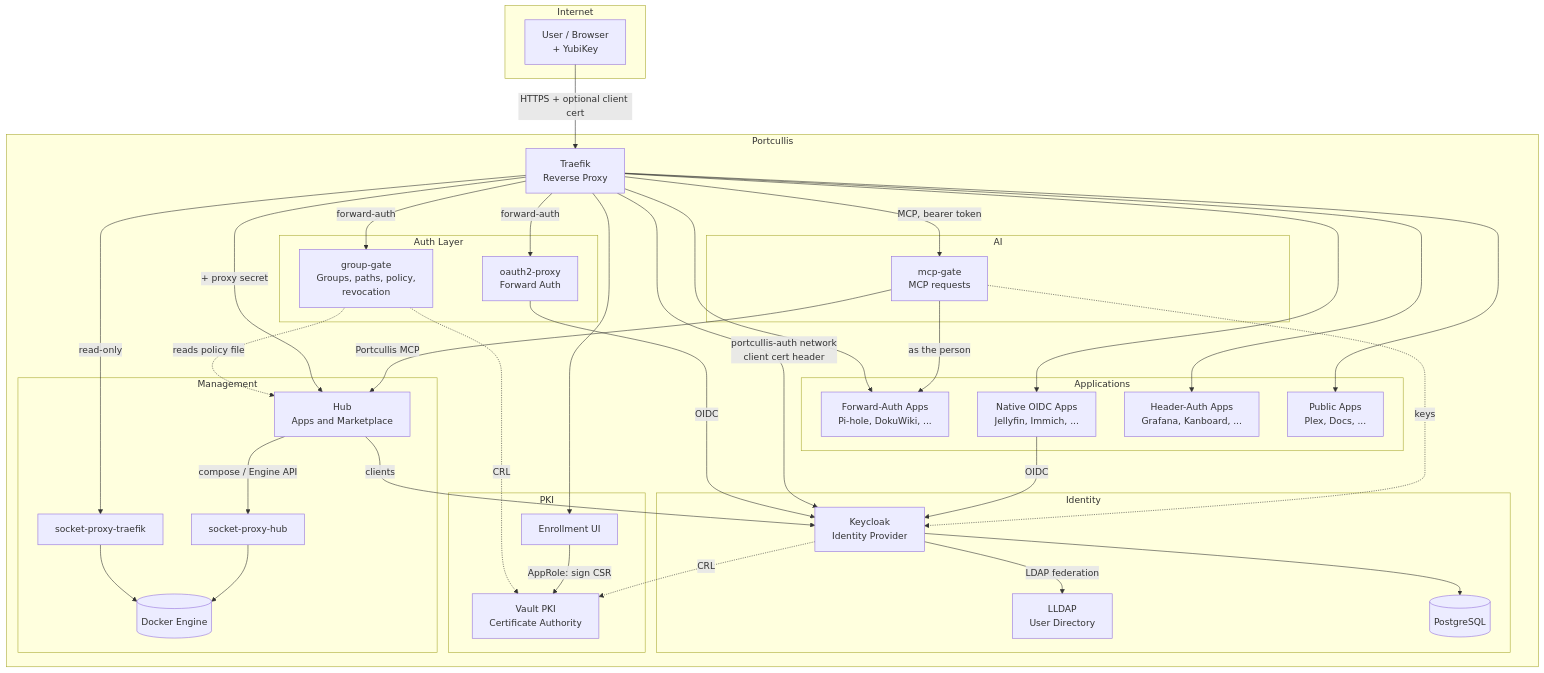
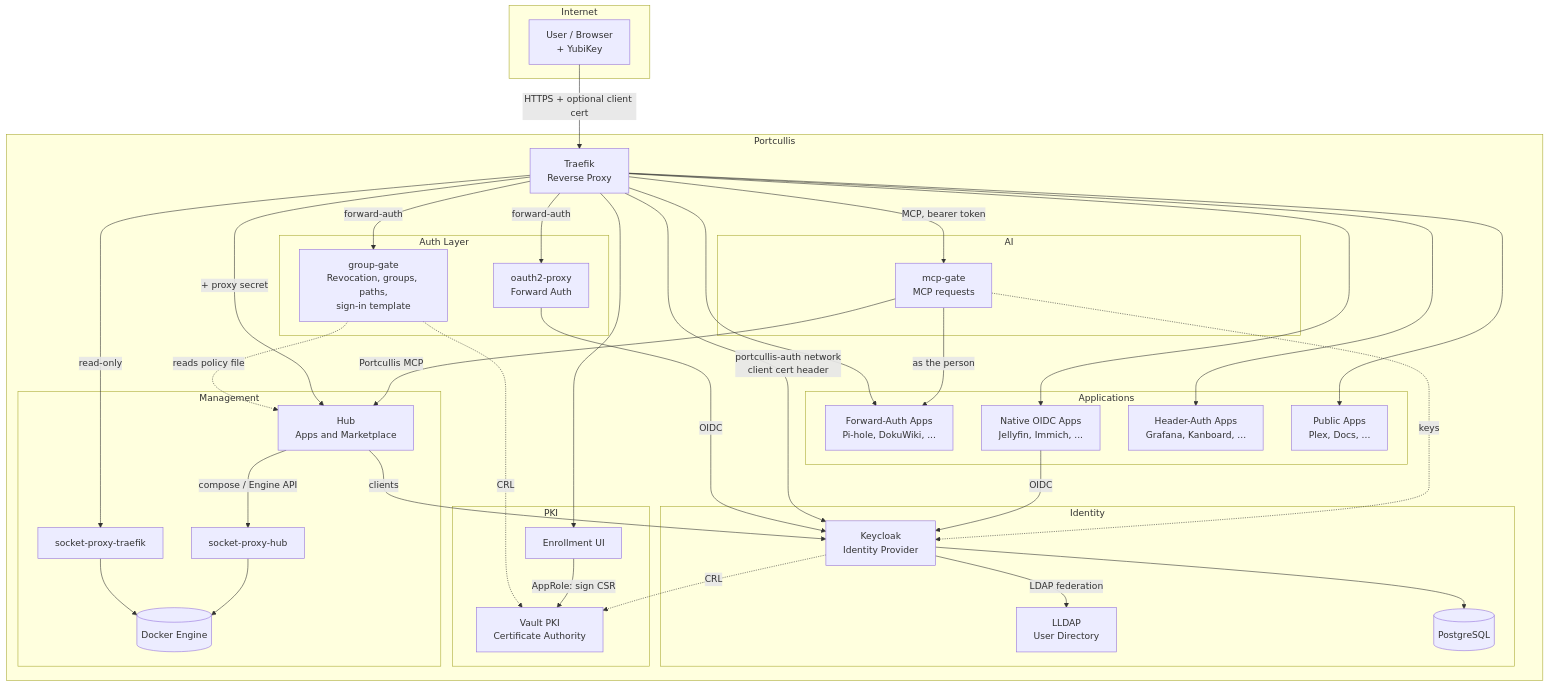
The first of 12 diagrams in docs/architecture.md (porelli/portcullis-docs), drawn with Mermaid before and after one commit. The commit also changed other lines of this file and 10 other files, not shown here.

````diff
--- a/docs/architecture.md
+++ b/docs/architecture.md
@@ -7,78 +7,78 @@
 ```mermaid
 graph TB
     subgraph Internet
         User[User / Browser<br/>+ YubiKey]
     end
 
     subgraph Portcullis
         Traefik[Traefik<br/>Reverse Proxy]
 
         subgraph Auth Layer
             OAuth2[oauth2-proxy<br/>Forward Auth]
-            GroupGate[group-gate<br/>Groups, paths, policy,<br/>revocation]
+            GroupGate[group-gate<br/>Revocation, groups, paths,<br/>sign-in template]
         end
 
         subgraph Identity
             Keycloak[Keycloak<br/>Identity Provider]
             LLDAP[LLDAP<br/>User Directory]
             Postgres[(PostgreSQL)]
         end
 
         subgraph PKI
             Vault[Vault PKI<br/>Certificate Authority]
             Enroll[Enrollment UI]
         end
 
         subgraph AI
             MCPGate[mcp-gate<br/>MCP requests]
         end
 
         subgraph Management
             Hub[Hub<br/>Apps and Marketplace]
             SPH[socket-proxy-hub]
             SPT[socket-proxy-traefik]
             Docker[(Docker Engine)]
         end
 
         subgraph Applications
             AppFA[Forward-Auth Apps<br/>Pi-hole, DokuWiki, ...]
             AppOIDC[Native OIDC Apps<br/>Jellyfin, Immich, ...]
             AppHeader[Header-Auth Apps<br/>Grafana, Kanboard, ...]
             AppPublic[Public Apps<br/>Plex, Docs, ...]
         end
     end
 
     User -->|HTTPS + optional client cert| Traefik
 
     Traefik -->|forward-auth| OAuth2
     OAuth2 -->|OIDC| Keycloak
     Traefik -->|forward-auth| GroupGate
     GroupGate -.->|CRL| Vault
     GroupGate -.->|reads policy file| Hub
     Traefik -->|portcullis-auth network<br/>client cert header| Keycloak
 
     Traefik --> AppFA
     Traefik --> AppOIDC
     Traefik --> AppHeader
     Traefik --> AppPublic
     Traefik -->|+ proxy secret| Hub
     Traefik --> Enroll
 
     AppOIDC -->|OIDC| Keycloak
 
     Keycloak -->|LDAP federation| LLDAP
     Keycloak --> Postgres
     Keycloak -.->|CRL| Vault
     Enroll -->|AppRole: sign CSR| Vault
 
     Traefik -->|read-only| SPT
     Hub -->|compose / Engine API| SPH
     SPT --> Docker
     SPH --> Docker
     Hub -->|clients| Keycloak
 
     Traefik -->|MCP, bearer token| MCPGate
     MCPGate -.->|keys| Keycloak
     MCPGate -->|as the person| AppFA
     MCPGate -->|Portcullis MCP| Hub
 ```
````
